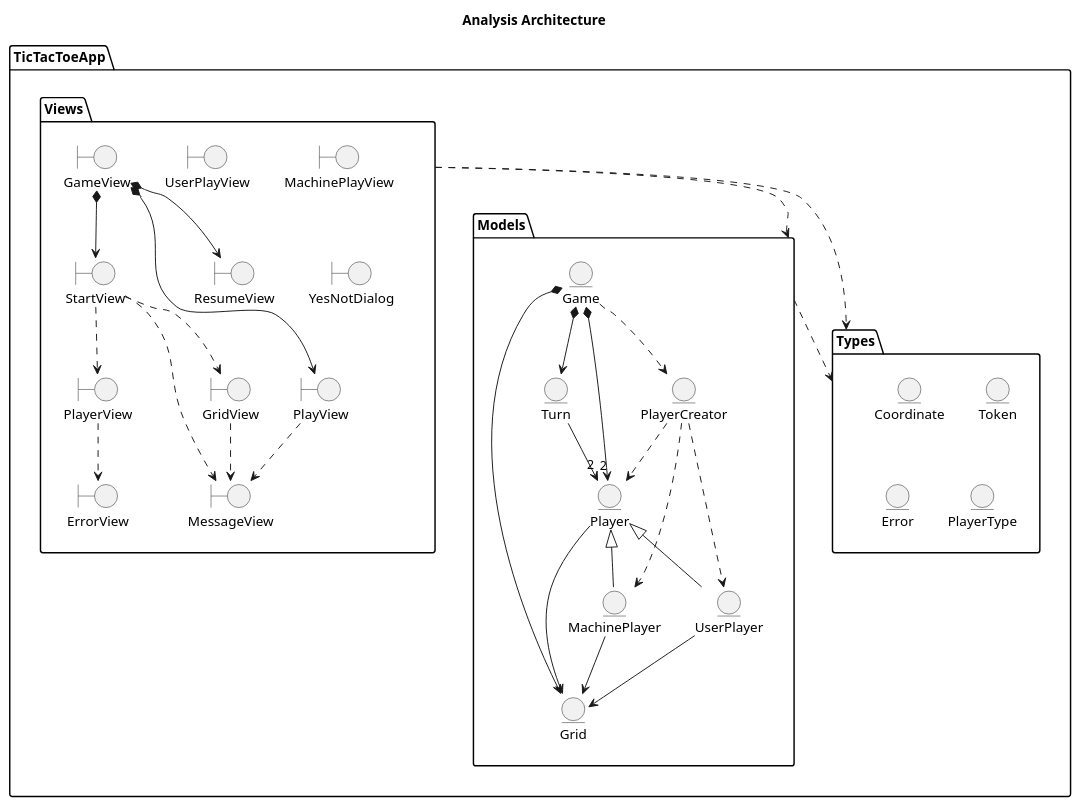
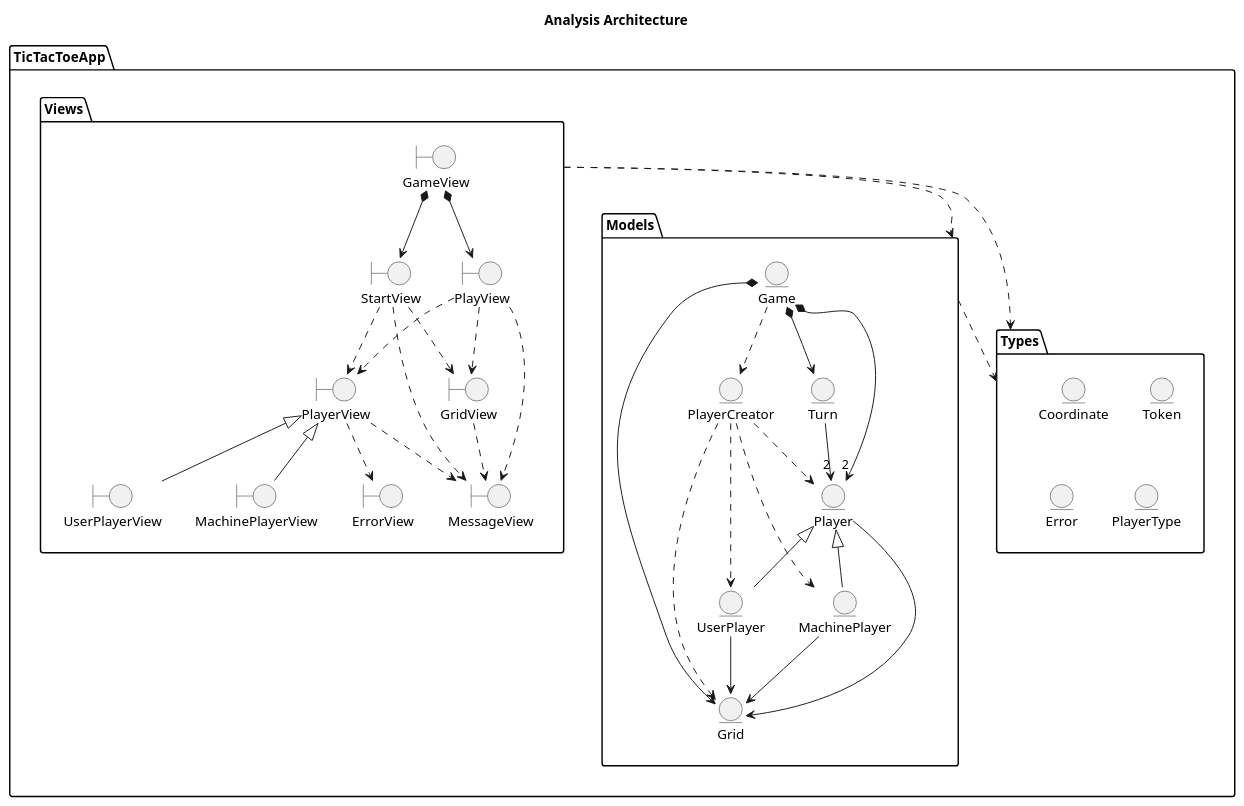
One commit to franpaulinoinfante/TicTacToe changed the first of 10 diagrams in src/DocumentView/Basic/Docs/Analysis.plantuml. Above: the diagram before and after it, drawn with PlantUML. The commit also changed other lines of this file, not shown here.

Commit message:
Update Analysis Play

```diff
--- a/src/DocumentView/Basic/Docs/Analysis.plantuml
+++ b/src/DocumentView/Basic/Docs/Analysis.plantuml
@@ -1,71 +1,75 @@
 @startuml Analysis Architecture
     title Analysis Architecture
 
     package TicTacToeApp{
         package Views{
             boundary GameView
             boundary StartView
             boundary PlayView
-            boundary UserPlayView
-            boundary MachinePlayView
-            boundary ResumeView
+            boundary UserPlayerView
+            boundary MachinePlayerView
             boundary MessageView
             boundary PlayerView
             boundary ErrorView
             boundary GridView
-            boundary YesNotDialog
 
             GameView *--> StartView
             GameView *--> PlayView
-            GameView *--> ResumeView
+
+            PlayerView <|-- UserPlayerView
+            PlayerView <|-- MachinePlayerView
 
             StartView ..> MessageView
             StartView ..> PlayerView
                 PlayerView ..> ErrorView
                 PlayView ..> MessageView
             StartView ..> GridView
                 GridView ..> MessageView
 
-            
+            PlayView ..> PlayerView
+            PlayView ..> GridView
+
+            PlayerView ..> MessageView            
         }
         Views ..> Models
         Views ..> Types
 
         package Models{
             entity Game
             entity Player
             entity MachinePlayer
             entity UserPlayer
             entity Grid
             entity Turn
             entity PlayerCreator
 
             Game *--> "2" Player
             Game *--> Grid
             Game *--> Turn
             Game ..> PlayerCreator
 
             Turn --> "2" Player
             
             Player --> Grid
             Player <|-- UserPlayer
             Player <|-- MachinePlayer
 
             PlayerCreator ..> Player
             PlayerCreator ..> UserPlayer
             PlayerCreator ..> MachinePlayer
+            PlayerCreator ..> Grid
 
             UserPlayer --> Grid            
             MachinePlayer --> Grid
             
         }
         Models ..> Types
         
         package Types{
             entity Coordinate
             entity Token
             entity Error
             entity PlayerType
         }
     }
 @enduml
```
